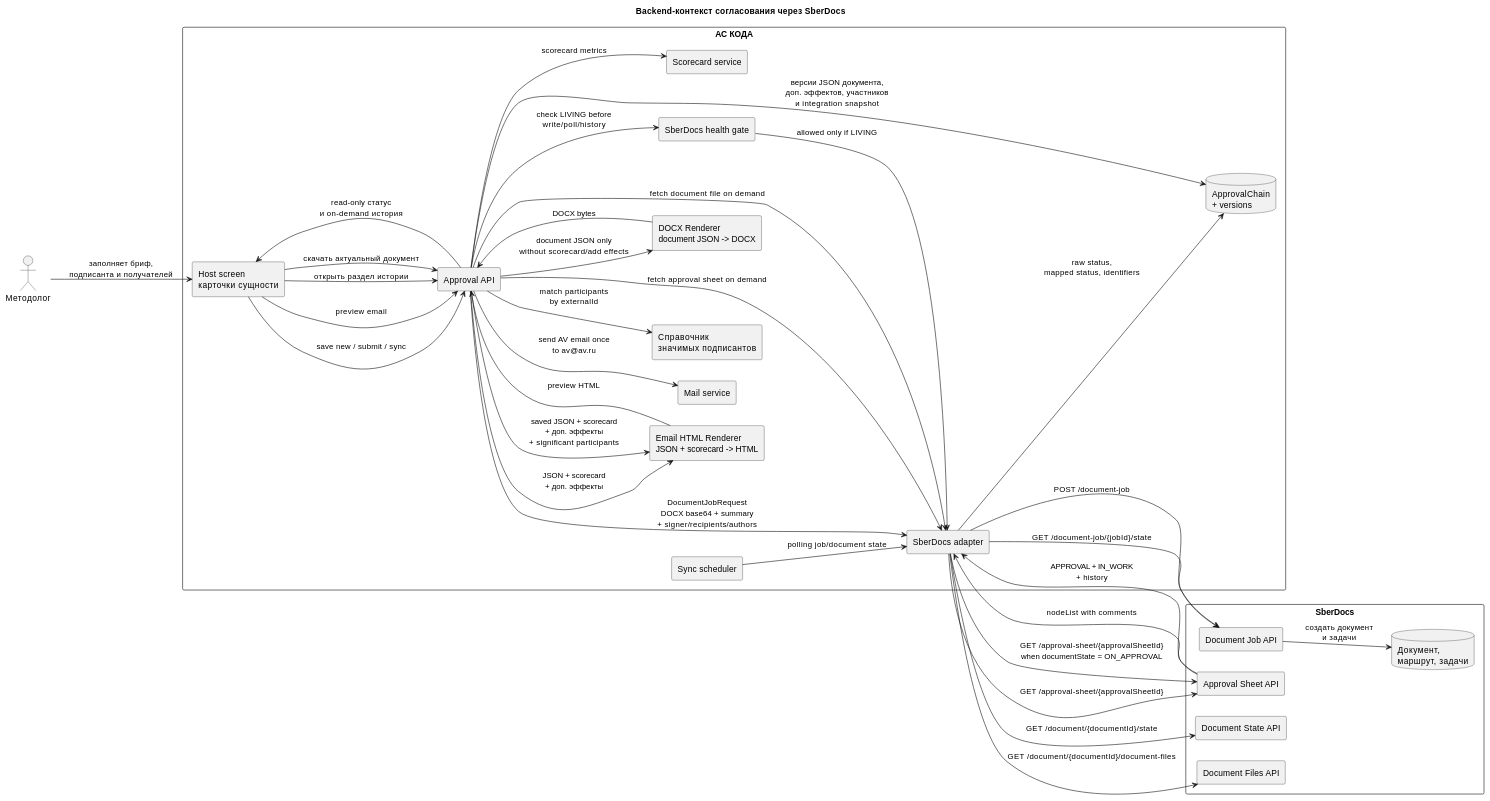
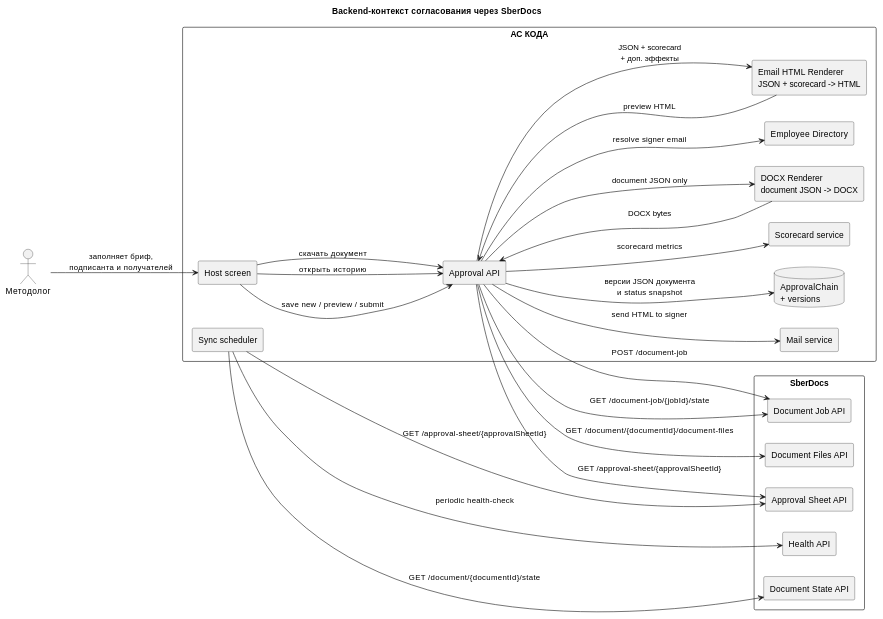
One commit to shuhart75/changeswork-copy changed the first of 3 diagrams in features/approvals/slices/core-process/requirements/backend.md. Above: the diagram before and after it, drawn with PlantUML. The commit also changed other lines of this file and 36 other files, not shown here.

````diff
--- a/features/approvals/slices/core-process/requirements/backend.md
+++ b/features/approvals/slices/core-process/requirements/backend.md
@@ -68,63 +70,49 @@
 ```plantuml
 @startuml
 title Backend-контекст согласования через SberDocs
 left to right direction
 skinparam componentStyle rectangle
 
 actor "Методолог" as User
 
 rectangle "АС КОДА" as KODA {
-  component "Host screen\nкарточки сущности" as Host
+  component "Host screen" as Host
   component "Approval API" as Api
   database "ApprovalChain\n+ versions" as ApprovalDb
   component "DOCX Renderer\ndocument JSON -> DOCX" as Renderer
   component "Email HTML Renderer\nJSON + scorecard -> HTML" as EmailRenderer
+  component "Scorecard service" as Score
+  component "Employee Directory" as Directory
   component "Mail service" as Mail
-  component "Справочник\nзначимых подписантов" as SignificantRef
-  component "SberDocs adapter" as Adapter
-  component "SberDocs health gate" as HealthGate
   component "Sync scheduler" as Scheduler
-  component "Scorecard service" as Score
 }
 
 rectangle "SberDocs" as SD {
+  component "Health API" as HealthApi
   component "Document Job API" as JobApi
   component "Document State API" as StateApi
   component "Approval Sheet API" as SheetApi
   component "Document Files API" as FilesApi
-  database "Документ,\nмаршрут, задачи" as SberDocsDb
 }
 
 User --> Host : заполняет бриф,\nподписанта и получателей
-Host --> Api : save new / submit / sync
-Api --> ApprovalDb : версии JSON документа,\nдоп. эффектов, участников\nи integration snapshot
-Host --> Api : preview email
+Host --> Api : save new / preview / submit
+Api --> ApprovalDb : версии JSON документа\nи status snapshot
 Api --> Score : scorecard metrics
 Api --> EmailRenderer : JSON + scorecard\n+ доп. эффекты
 EmailRenderer --> Api : preview HTML
-Api --> Renderer : document JSON only\nwithout scorecard/add effects
+Api --> Renderer : document JSON only
 Renderer --> Api : DOCX bytes
-Api --> HealthGate : check LIVING before\nwrite/poll/history
-HealthGate --> Adapter : allowed only if LIVING
-Api --> Adapter : DocumentJobRequest\nDOCX base64 + summary\n+ signer/recipients/authors
-Adapter --> JobApi : POST /document-job
-JobApi --> SberDocsDb : создать документ\nи задачи
-Scheduler --> Adapter : polling job/document state
-Adapter --> JobApi : GET /document-job/{jobId}/state
-Adapter --> StateApi : GET /document/{documentId}/state
-Adapter --> ApprovalDb : raw status,\nmapped status, identifiers
-Adapter --> SheetApi : GET /approval-sheet/{approvalSheetId}\nwhen documentState = ON_APPROVAL
-SheetApi --> Adapter : APPROVAL + IN_WORK\n+ history
-Api --> SignificantRef : match participants\nby externalId
-Api --> EmailRenderer : saved JSON + scorecard\n+ доп. эффекты\n+ significant participants
-Api --> Mail : send AV email once\nto av@av.ru
-Host --> Api : открыть раздел истории
-Api --> Adapter : fetch approval sheet on demand
-Adapter --> SheetApi : GET /approval-sheet/{approvalSheetId}
-SheetApi --> Adapter : nodeList with comments
-Api --> Host : read-only статус\nи on-demand история
-Host --> Api : скачать актуальный документ
-Api --> Adapter : fetch document file on demand
-Adapter --> FilesApi : GET /document/{documentId}/document-files
+Api --> JobApi : POST /document-job
+Api --> JobApi : GET /document-job/{jobId}/state
+Scheduler --> HealthApi : periodic health-check
+Scheduler --> StateApi : GET /document/{documentId}/state
+Scheduler --> SheetApi : GET /approval-sheet/{approvalSheetId}
+Api --> Directory : resolve signer email
+Api --> Mail : send HTML to signer
+Host --> Api : открыть историю
+Api --> SheetApi : GET /approval-sheet/{approvalSheetId}
+Host --> Api : скачать документ
+Api --> FilesApi : GET /document/{documentId}/document-files
 @enduml
 ```
````
